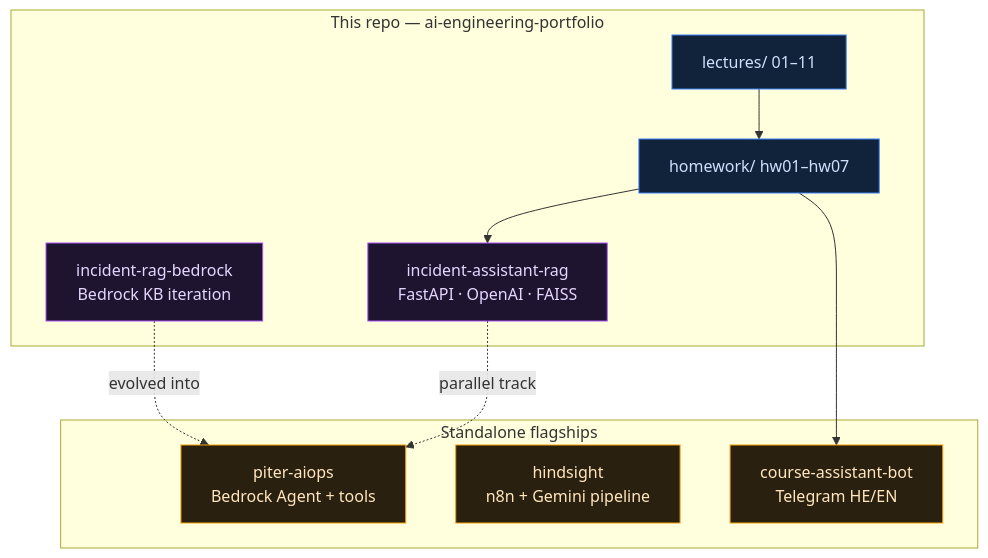
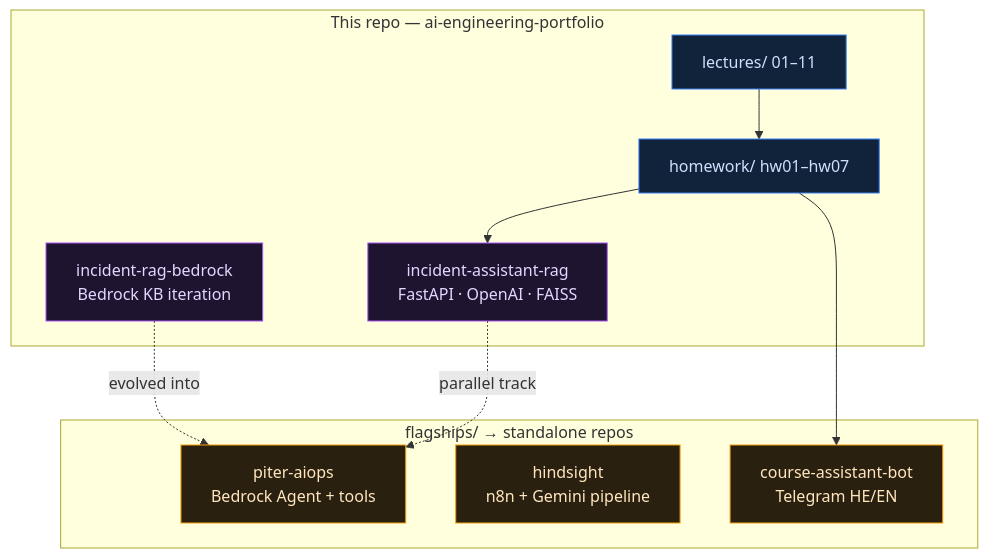
One commit to reem-mor/ai-engineering-portfolio changed the first of 3 diagrams in README.md. Above: the diagram before and after it, drawn with Mermaid. The commit also changed other lines of this file and 52 other files, not shown here.

````diff
--- a/README.md
+++ b/README.md
@@ -49,24 +99,24 @@
 ```mermaid
 flowchart TB
   subgraph archive["This repo — ai-engineering-portfolio"]
     L["lectures/ 01–11"]
     H["homework/ hw01–hw07"]
     CAP["incident-assistant-rag<br/>FastAPI · OpenAI · FAISS"]
     ITER["incident-rag-bedrock<br/>Bedrock KB iteration"]
   end
-  subgraph external["Standalone flagships"]
+  subgraph external["flagships/ → standalone repos"]
     PITER["piter-aiops<br/>Bedrock Agent + tools"]
     HIND["hindsight<br/>n8n + Gemini pipeline"]
     BOT["course-assistant-bot<br/>Telegram HE/EN"]
   end
   L --> H --> CAP
   ITER -.->|evolved into| PITER
   H --> BOT
   CAP -.->|parallel track| PITER
   classDef archive fill:#11233a,stroke:#3b82f6,color:#cfe0ff
   classDef cap fill:#1e1430,stroke:#a855f7,color:#e6d6ff
   classDef ext fill:#2a2010,stroke:#f59e0b,color:#ffe6bf
   class L,H archive
   class CAP,ITER cap
   class PITER,HIND,BOT ext
 ```
````
